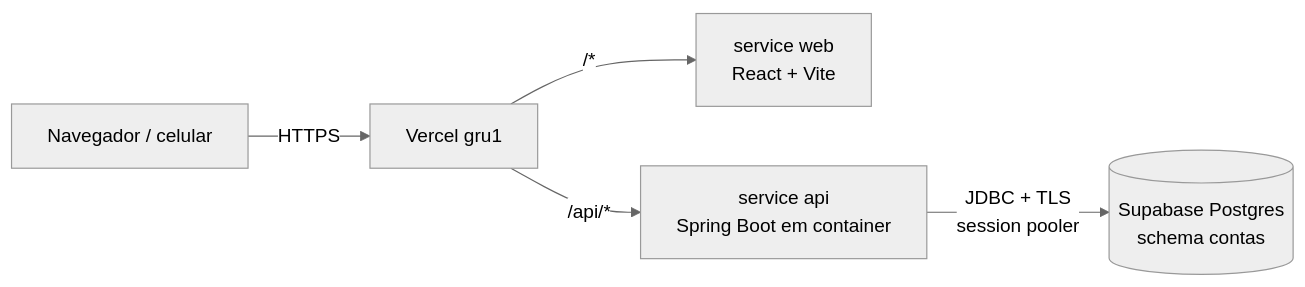
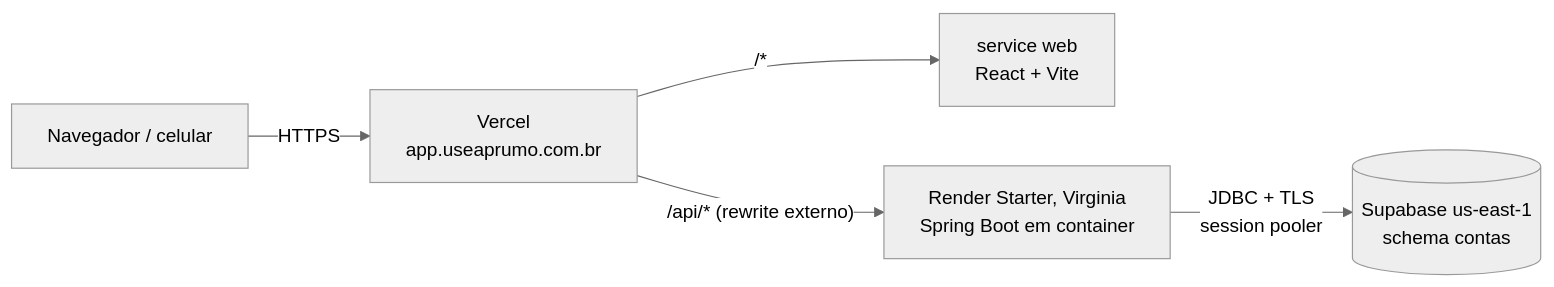
Before and after one commit to lmaciel0/contas-claras: the diagram in README.md, drawn with Mermaid (neutral theme). The commit also changed other lines of this file and 3 other files, not shown here.

First line of the commit message:
chore(infra): Vercel repassa /api ao Render por rewrite externo

````diff
--- a/README.md
+++ b/README.md
@@ -43,7 +43,7 @@
 ```mermaid
 flowchart LR
-  B[Navegador / celular] -->|HTTPS| V[Vercel gru1]
+  B[Navegador / celular] -->|HTTPS| V[Vercel<br/>app.useaprumo.com.br]
   V -->|"/*"| W[service web<br/>React + Vite]
-  V -->|"/api/*"| A[service api<br/>Spring Boot em container]
-  A -->|JDBC + TLS<br/>session pooler| D[(Supabase Postgres<br/>schema contas)]
+  V -->|"/api/* (rewrite externo)"| A[Render Starter, Virginia<br/>Spring Boot em container]
+  A -->|JDBC + TLS<br/>session pooler| D[(Supabase us-east-1<br/>schema contas)]
 ```
````
